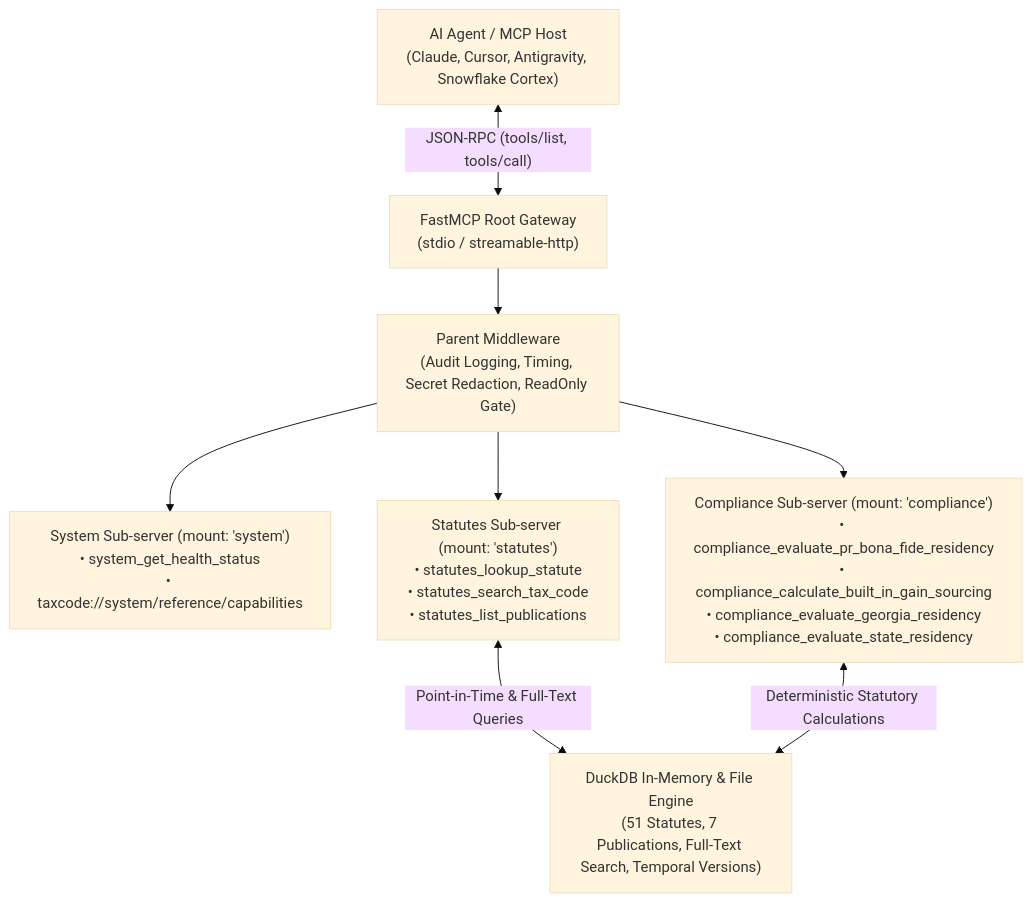
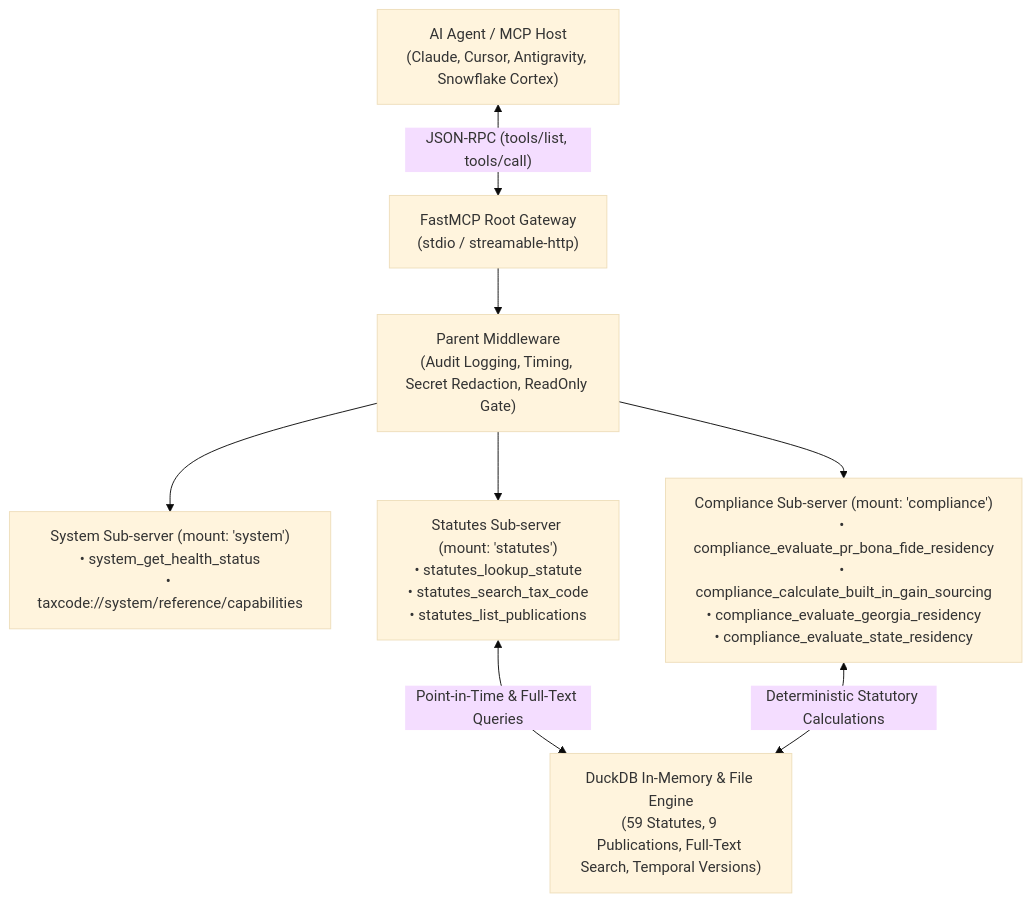
The diagram in README.md (christianclaudio/mcp-server-taxcode), drawn with Mermaid (base theme) before and after one commit. The commit also changed other lines of this file and 16 other files, not shown here.

````diff
--- a/README.md
+++ b/README.md
@@ -22,18 +22,18 @@
 ```mermaid
 graph TD
     Client["AI Agent / MCP Host<br>(Claude, Cursor, Antigravity, Snowflake Cortex)"]
     Gateway["FastMCP Root Gateway<br>(stdio / streamable-http)"]
     ParentMW["Parent Middleware<br>(Audit Logging, Timing, Secret Redaction, ReadOnly Gate)"]
     SysSub["System Sub-server (mount: 'system')<br>• system_get_health_status<br>• taxcode://system/reference/capabilities"]
     StatSub["Statutes Sub-server (mount: 'statutes')<br>• statutes_lookup_statute<br>• statutes_search_tax_code<br>• statutes_list_publications"]
     CompSub["Compliance Sub-server (mount: 'compliance')<br>• compliance_evaluate_pr_bona_fide_residency<br>• compliance_calculate_built_in_gain_sourcing<br>• compliance_evaluate_georgia_residency<br>• compliance_evaluate_state_residency"]
-    DuckDB["DuckDB In-Memory & File Engine<br>(51 Statutes, 7 Publications, Full-Text Search, Temporal Versions)"]
+    DuckDB["DuckDB In-Memory & File Engine<br>(59 Statutes, 9 Publications, Full-Text Search, Temporal Versions)"]
 
     Client <-->|"JSON-RPC (tools/list, tools/call)"| Gateway
     Gateway --> ParentMW
     ParentMW --> SysSub
     ParentMW --> StatSub
     ParentMW --> CompSub
     StatSub <-->|"Point-in-Time & Full-Text Queries"| DuckDB
     CompSub <-->|"Deterministic Statutory Calculations"| DuckDB
 ```
````
